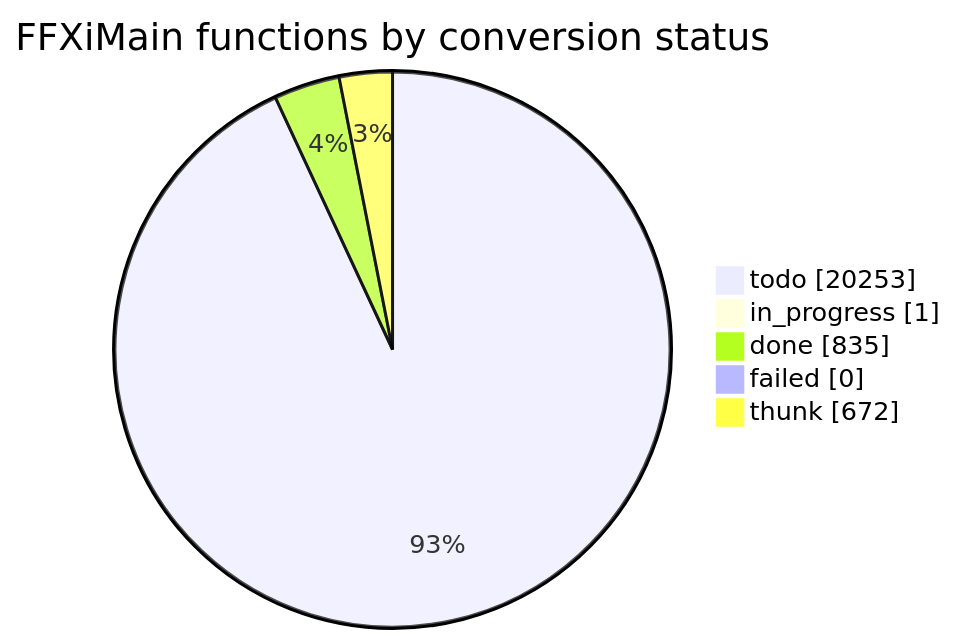
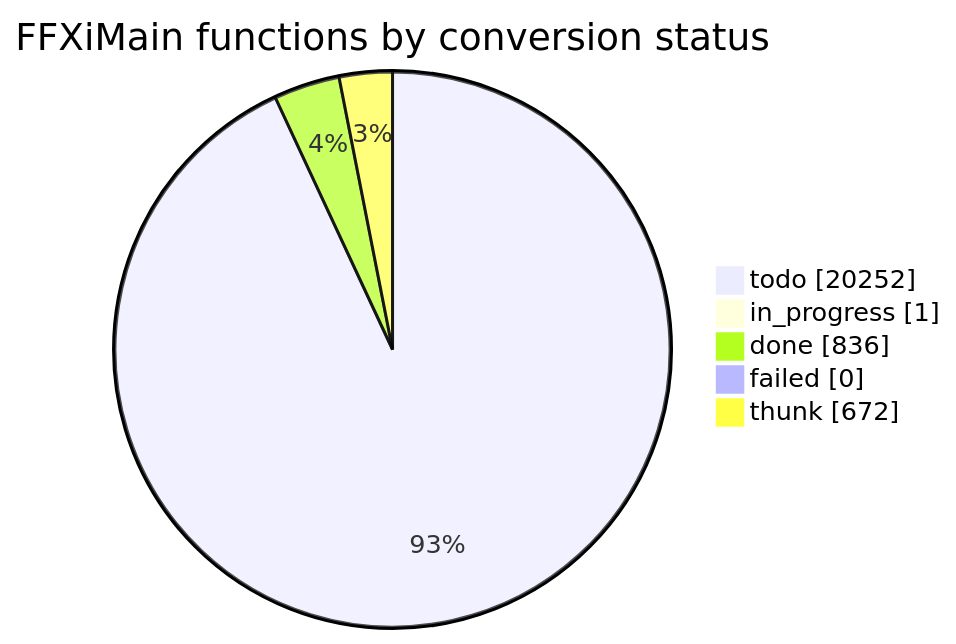
Before and after one commit to cowrevenge/cow_kuluu_xi_anything: the diagram in docs/cow/STATUS.md, drawn with Mermaid. The commit also changed other lines of this file and 9 other files, not shown here.

````diff
--- a/docs/cow/STATUS.md
+++ b/docs/cow/STATUS.md
@@ -18,9 +18,9 @@
 ```mermaid
 pie showData
     title FFXiMain functions by conversion status
-    "todo" : 20253
+    "todo" : 20252
     "in_progress" : 1
-    "done" : 835
+    "done" : 836
     "failed" : 0
     "thunk" : 672
 ```
````
